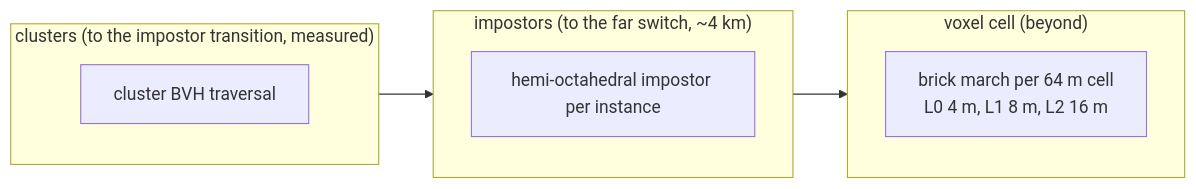
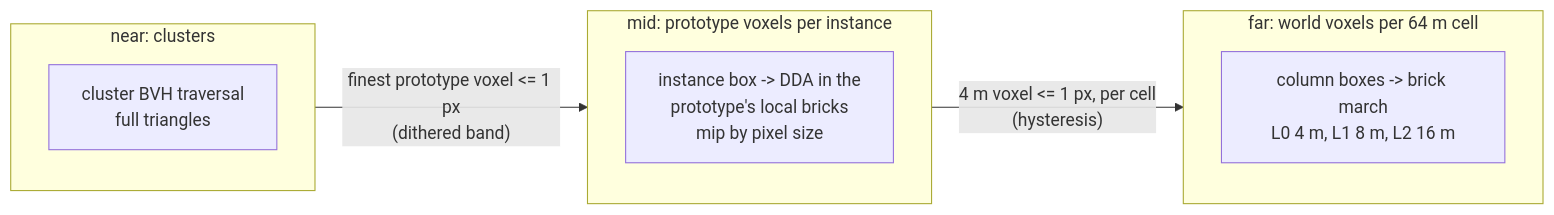
One commit to zye04/Meridian changed the first of 2 diagrams in docs/superpowers/specs/2026-11-20-far-field-design.md. Above: the diagram before and after it, drawn with Mermaid. The commit also changed other lines of this file and 30 other files, not shown here.

````diff
--- a/docs/superpowers/specs/2026-11-20-far-field-design.md
+++ b/docs/superpowers/specs/2026-11-20-far-field-design.md
@@ -41,13 +51,14 @@
 ```mermaid
 flowchart LR
-  subgraph Near["clusters (to the impostor transition, measured)"]
-    C1[cluster BVH traversal]
+  subgraph Near["near: clusters"]
+    C1[cluster BVH traversal<br/>full triangles]
   end
-  subgraph Mid["impostors (to the far switch, ~4 km)"]
-    I1[hemi-octahedral impostor per instance]
+  subgraph Mid["mid: prototype voxels per instance"]
+    M1[instance box -> DDA in the<br/>prototype's local bricks<br/>mip by pixel size]
   end
-  subgraph Far["voxel cell (beyond)"]
-    V1[brick march per 64 m cell<br/>L0 4 m, L1 8 m, L2 16 m]
+  subgraph Far["far: world voxels per 64 m cell"]
+    V1[column boxes -> brick march<br/>L0 4 m, L1 8 m, L2 16 m]
   end
-  Near --> Mid --> Far
+  Near -- "finest prototype voxel <= 1 px<br/>(dithered band)" --> Mid
+  Mid -- "4 m voxel <= 1 px, per cell<br/>(hysteresis)" --> Far
 ```
````
